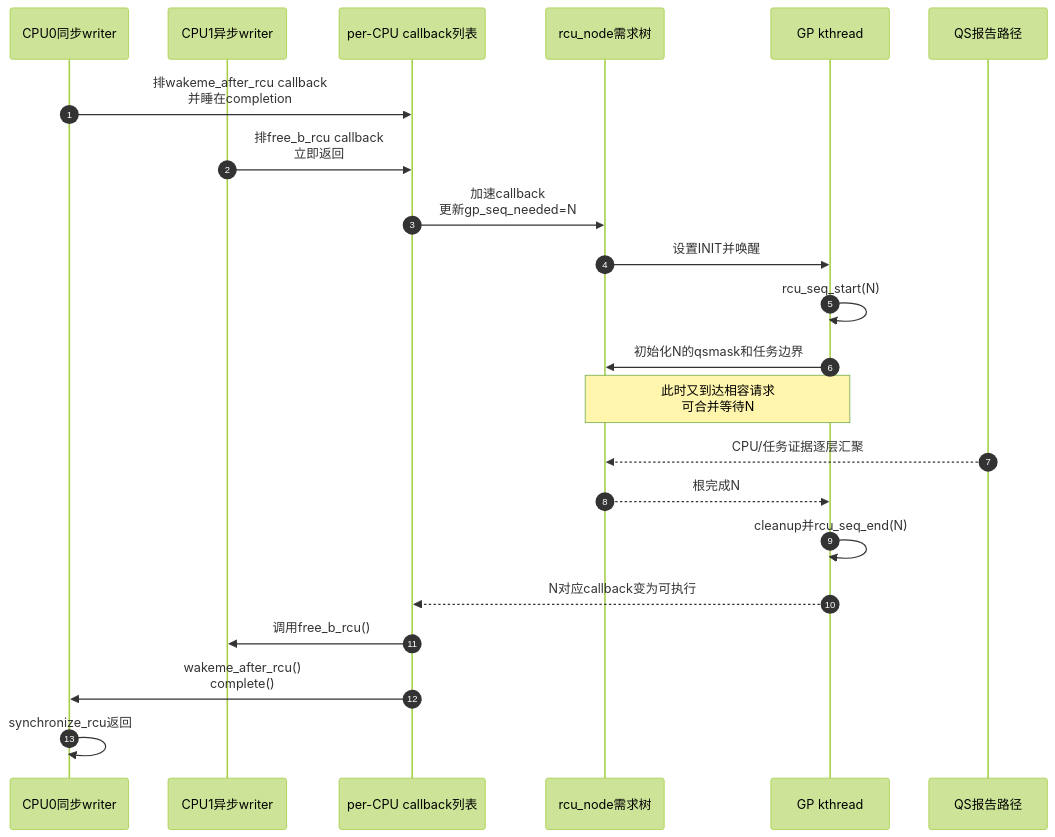
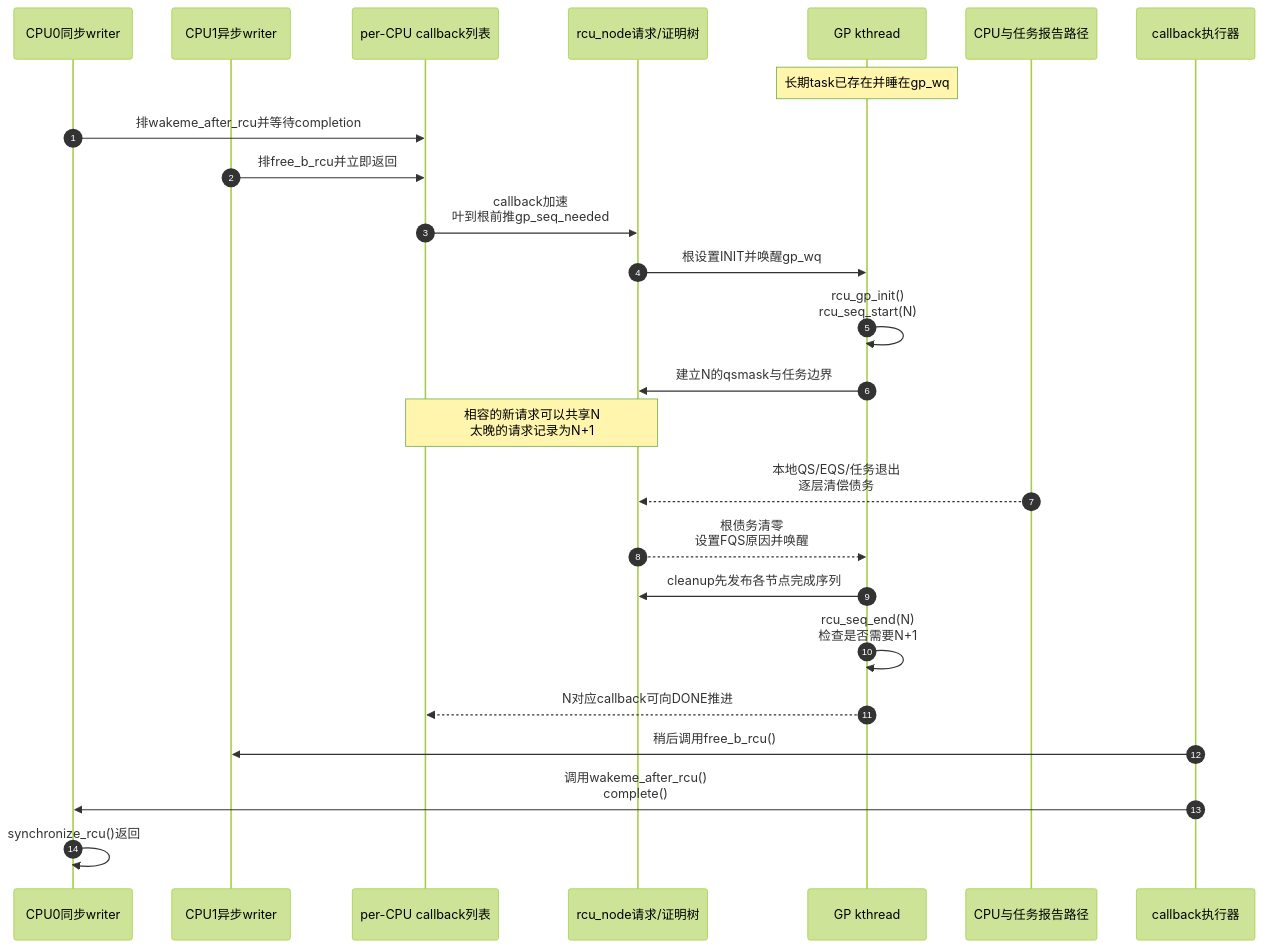
The third of 3 diagrams in knowledge/linux/synchronization/rcu/P12_Tree_RCU_GP请求与全局生命周期.md (FormingSystem/linux_note), drawn with Mermaid (forest theme) before and after one commit. The commit also changed other lines of this file and 20 other files, not shown here.

````diff
--- a/knowledge/linux/synchronization/rcu/P12_Tree_RCU_GP请求与全局生命周期.md
+++ b/knowledge/linux/synchronization/rcu/P12_Tree_RCU_GP请求与全局生命周期.md
@@ -154,27 +297,29 @@
 ```mermaid
 sequenceDiagram
     autonumber
-
     participant S as CPU0同步writer
     participant A as CPU1异步writer
     participant C as per-CPU callback列表
-    participant N as rcu_node需求树
+    participant N as rcu_node请求/证明树
     participant G as GP kthread
-    participant R as QS报告路径
+    participant R as CPU与任务报告路径
+    participant X as callback执行器
 
-    S->>C: 排wakeme_after_rcu callback<br/>并睡在completion
-    A->>C: 排free_b_rcu callback<br/>立即返回
-    C->>N: 加速callback<br/>更新gp_seq_needed=N
-    N->>G: 设置INIT并唤醒
-    G->>G: rcu_seq_start(N)
-    G->>N: 初始化N的qsmask和任务边界
+    Note over G: 长期task已存在并睡在gp_wq
+    S->>C: 排wakeme_after_rcu并等待completion
+    A->>C: 排free_b_rcu并立即返回
+    C->>N: callback加速<br/>叶到根前推gp_seq_needed
+    N->>G: 根设置INIT并唤醒gp_wq
+    G->>G: rcu_gp_init()<br/>rcu_seq_start(N)
+    G->>N: 建立N的qsmask与任务边界
 
-    Note over G,N: 此时又到达相容请求<br/>可合并等待N
-    R-->>N: CPU/任务证据逐层汇聚
-    N-->>G: 根完成N
-    G->>G: cleanup并rcu_seq_end(N)
-    G-->>C: N对应callback变为可执行
-    C->>A: 调用free_b_rcu()
-    C->>S: wakeme_after_rcu()<br/>complete()
-    S->>S: synchronize_rcu返回
+    Note over C,N: 相容的新请求可以共享N<br/>太晚的请求记录为N+1
+    R-->>N: 本地QS/EQS/任务退出<br/>逐层清偿债务
+    N-->>G: 根债务清零<br/>设置FQS原因并唤醒
+    G->>N: cleanup先发布各节点完成序列
+    G->>G: rcu_seq_end(N)<br/>检查是否需要N+1
+    G-->>C: N对应callback可向DONE推进
+    X->>A: 稍后调用free_b_rcu()
+    X->>S: 调用wakeme_after_rcu()<br/>complete()
+    S->>S: synchronize_rcu()返回
 ```
````
